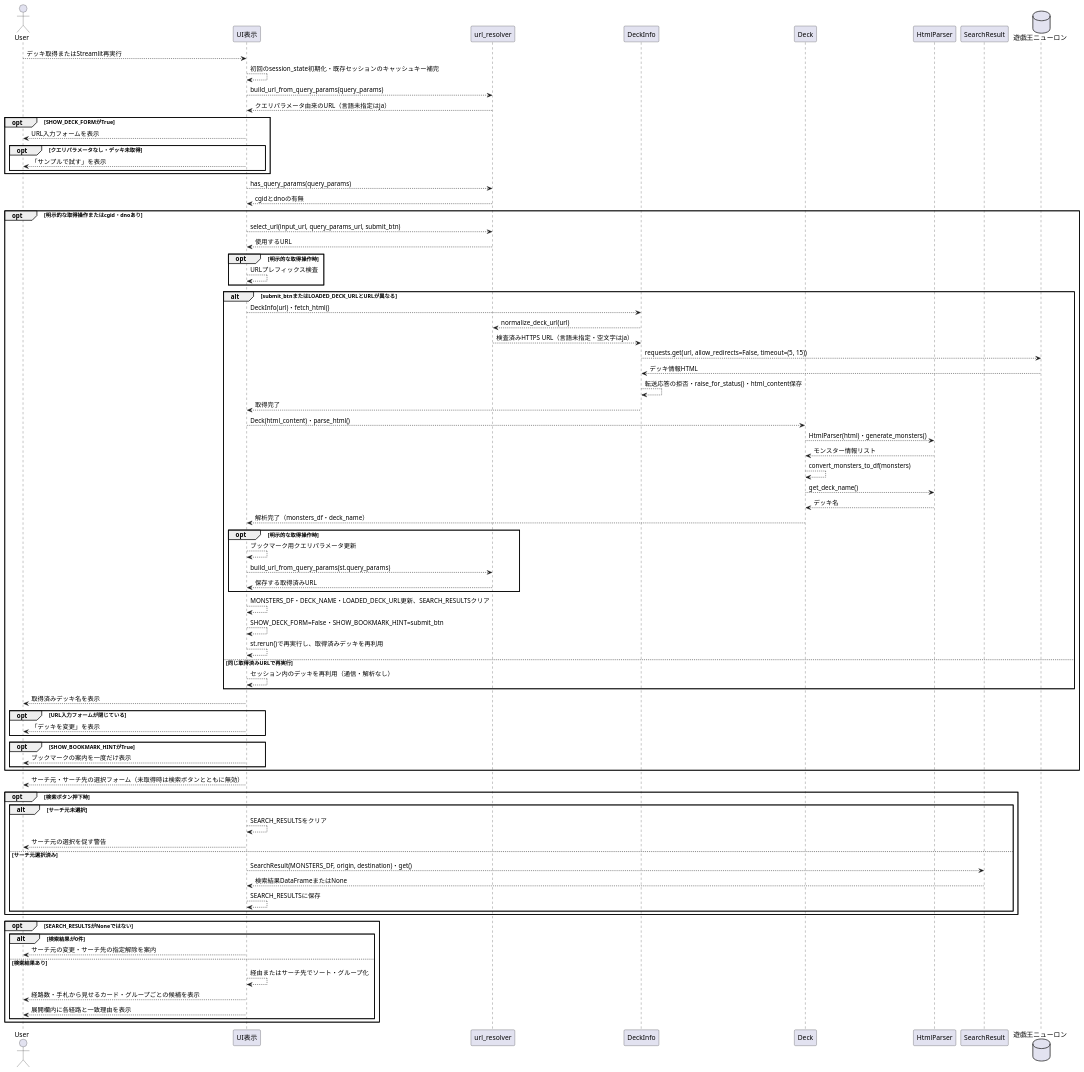
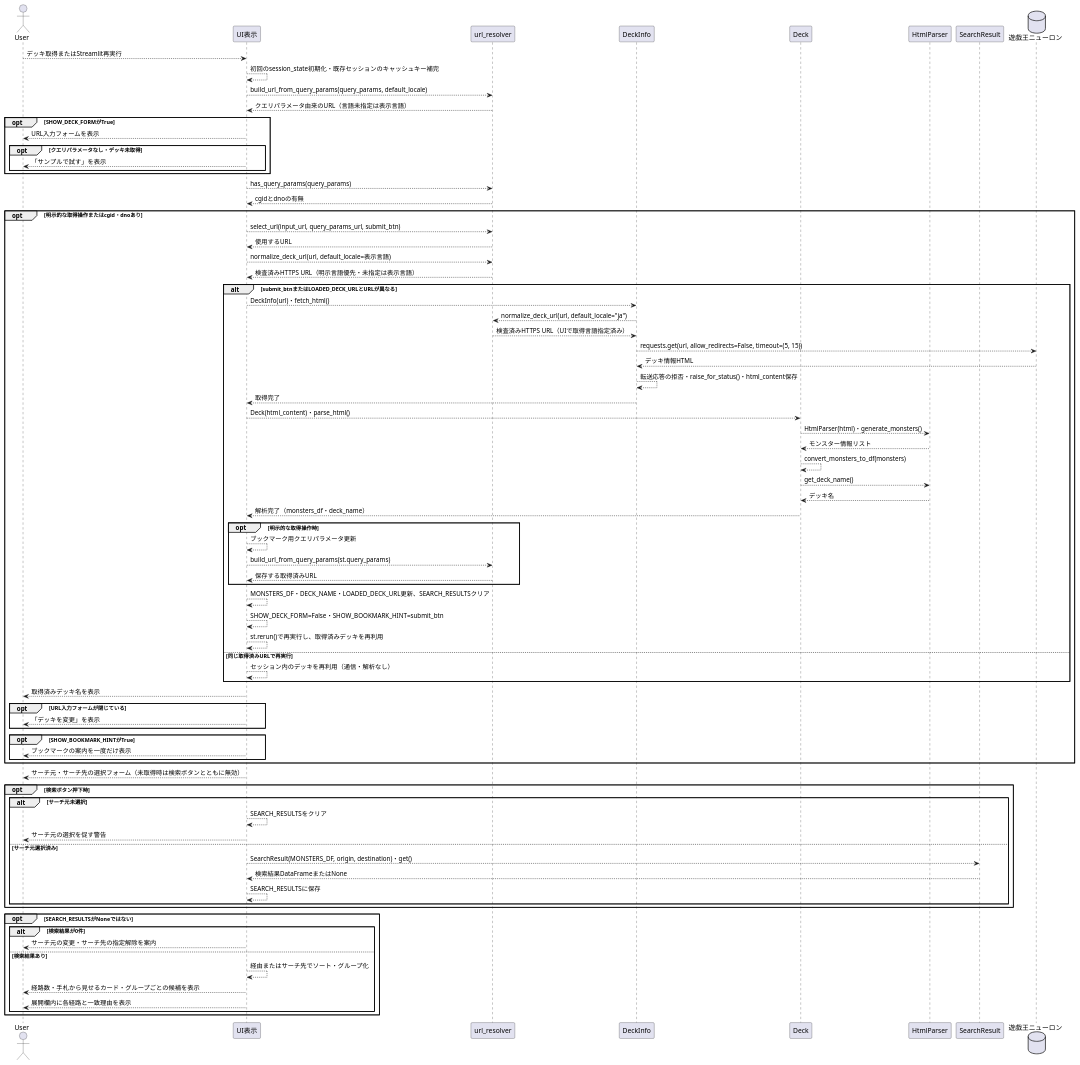
The fourth of 6 diagrams in docs/ygo-small-world-transit.md (ikishichi/ygo-small-world-transit), drawn with PlantUML before and after one commit. The commit also changed other lines of this file and 15 other files, not shown here.

```diff
--- a/docs/ygo-small-world-transit.md
+++ b/docs/ygo-small-world-transit.md
@@ -118,8 +129,8 @@
 database "遊戯王ニューロン" as db
     user --> ui : デッキ取得またはStreamlit再実行
     ui --> ui : 初回のsession_state初期化・既存セッションのキャッシュキー補完
-    ui --> ur : build_url_from_query_params(query_params)
-    ur --> ui : クエリパラメータ由来のURL（言語未指定はja）
+    ui --> ur : build_url_from_query_params(query_params, default_locale)
+    ur --> ui : クエリパラメータ由来のURL（言語未指定は表示言語）
     opt SHOW_DECK_FORMがTrue
         ui --> user : URL入力フォームを表示
         opt クエリパラメータなし・デッキ未取得
@@ -131,13 +142,12 @@
     opt 明示的な取得操作またはcgid・dnoあり
         ui --> ur : select_url(input_url, query_params_url, submit_btn)
         ur --> ui : 使用するURL
-        opt 明示的な取得操作時
-            ui --> ui : URLプレフィックス検査
-        end
+        ui --> ur : normalize_deck_url(url, default_locale=表示言語)
+        ur --> ui : 検査済みHTTPS URL（明示言語優先・未指定は表示言語）
         alt submit_btnまたはLOADED_DECK_URLとURLが異なる
             ui --> di : DeckInfo(url)・fetch_html()
-            di --> ur : normalize_deck_url(url)
-            ur --> di : 検査済みHTTPS URL（言語未指定・空文字はja）
+            di --> ur : normalize_deck_url(url, default_locale="ja")
+            ur --> di : 検査済みHTTPS URL（UIで取得言語指定済み）
             di --> db : requests.get(url, allow_redirects=False, timeout=(5, 15))
             db --> di : デッキ情報HTML
             di --> di : 転送応答の拒否・raise_for_status()・html_content保存
```
